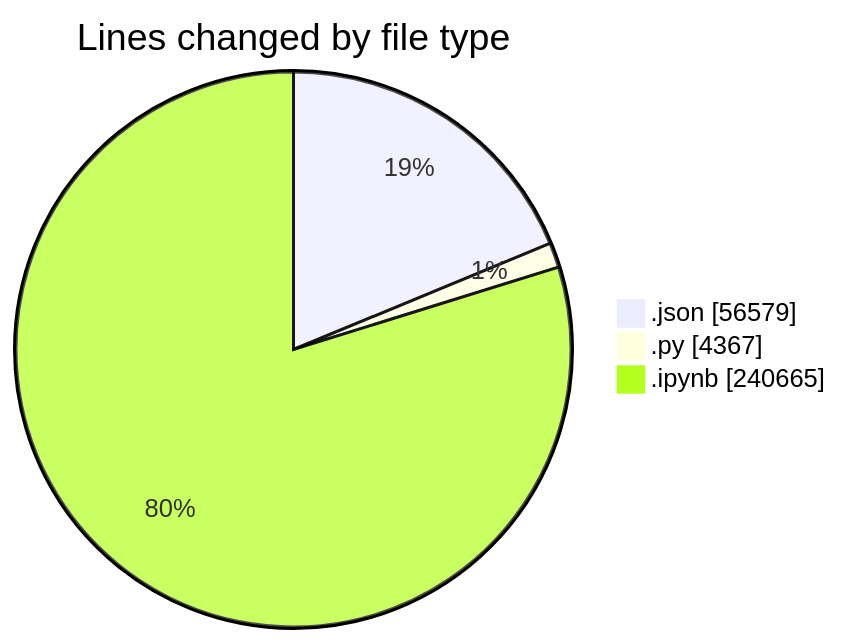
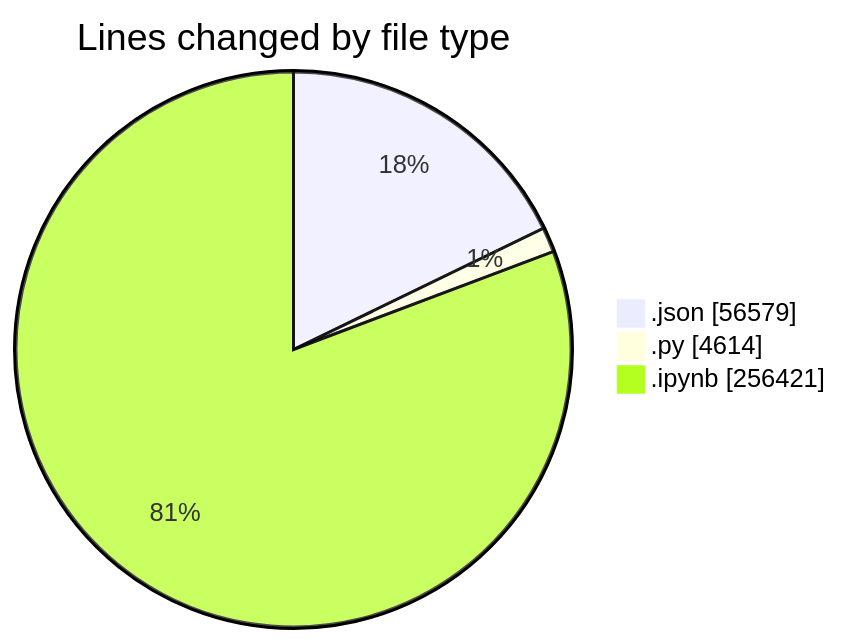
Before and after one commit to MatusMokan/code-tracking: the first of 2 diagrams in 2025-10-04/untitled__workspace_/README.md, drawn with Mermaid. The commit also changed other lines of this file and 1 other file, not shown here.

````diff
--- a/2025-10-04/untitled__workspace_/README.md
+++ b/2025-10-04/untitled__workspace_/README.md
@@ -36,7 +36,7 @@
 ```mermaid
 pie showData
 title Lines changed by file type
 ".json" : 56579
-".py" : 4367
-".ipynb" : 240665
+".py" : 4614
+".ipynb" : 256421
 ```
````
